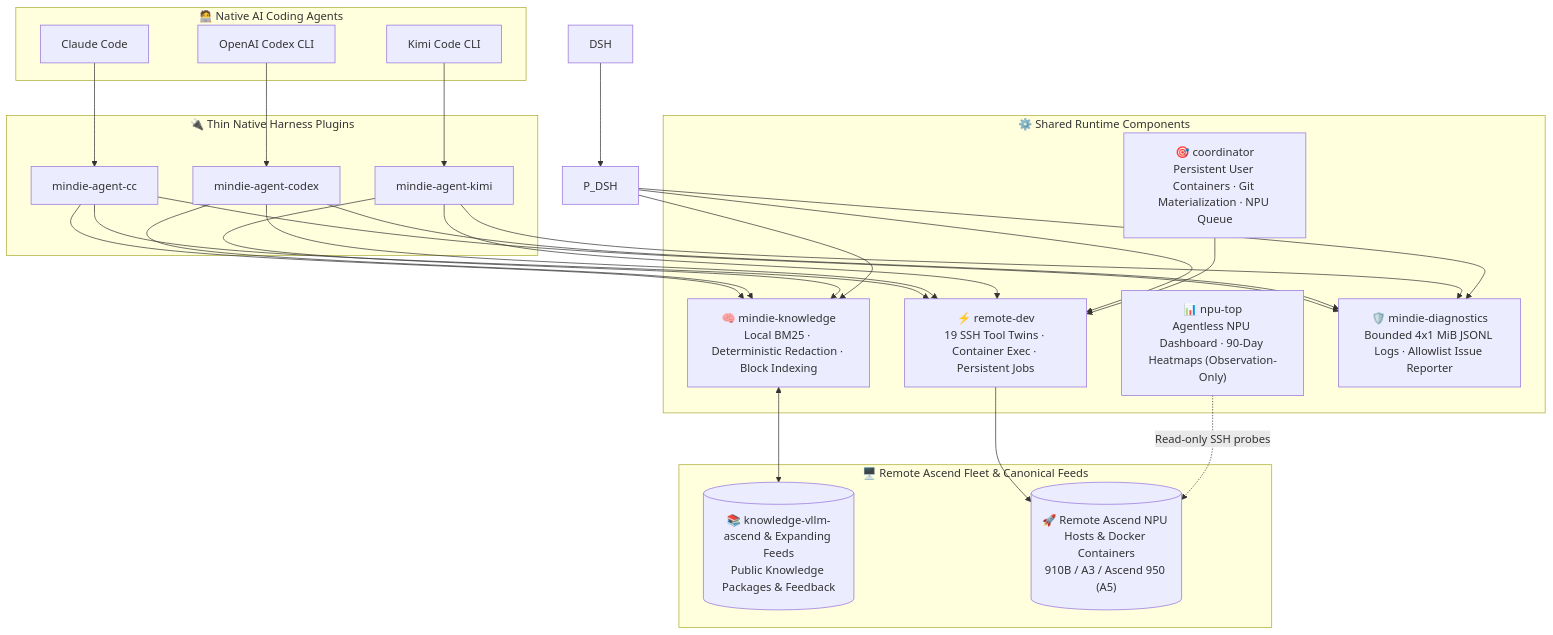
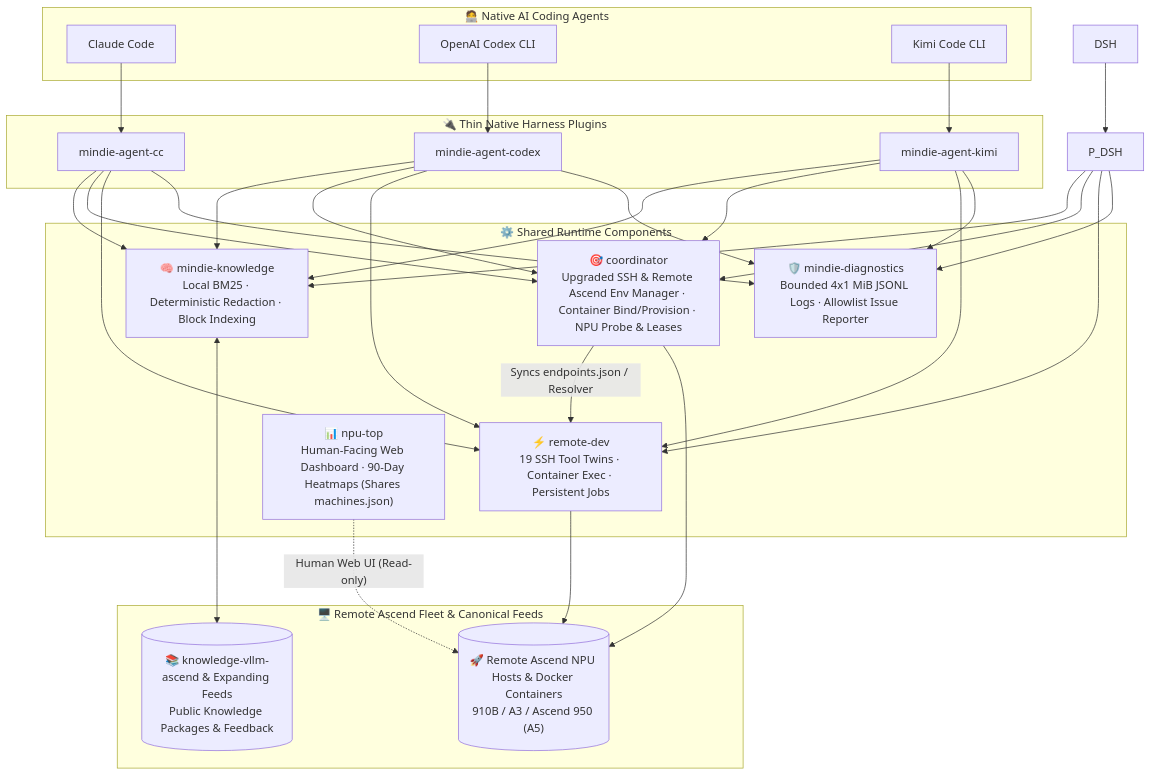
The first of 2 diagrams in README.en.md (Yuli-yx/vllm-ascend-workspace), drawn with Mermaid before and after one commit. The commit also changed other lines of this file and 7 other files, not shown here.

````diff
--- a/README.en.md
+++ b/README.en.md
@@ -178,38 +178,38 @@
 ```mermaid
 flowchart TB
   subgraph Clients["🧑‍💻 Native AI Coding Agents"]
     CC["Claude Code"]
     Codex["OpenAI Codex CLI"]
     Kimi["Kimi Code CLI"]
   end
 
   subgraph Adapters["🔌 Thin Native Harness Plugins"]
     P_CC["mindie-agent-cc"]
     P_Codex["mindie-agent-codex"]
     P_Kimi["mindie-agent-kimi"]
   end
 
   subgraph Core["⚙️ Shared Runtime Components"]
     Knowledge["🧠 mindie-knowledge<br/>Local BM25 · Deterministic Redaction · Block Indexing"]
+    Coord["🎯 coordinator<br/>Upgraded SSH & Remote Ascend Env Manager · Container Bind/Provision · NPU Probe & Leases"]
     RemoteDev["⚡ remote-dev<br/>19 SSH Tool Twins · Container Exec · Persistent Jobs"]
-    Coord["🎯 coordinator<br/>Persistent User Containers · Git Materialization · NPU Queue"]
-    NpuTop["📊 npu-top<br/>Agentless NPU Dashboard · 90-Day Heatmaps (Observation-Only)"]
+    NpuTop["📊 npu-top<br/>Human-Facing Web Dashboard · 90-Day Heatmaps (Shares machines.json)"]
     Diag["🛡️ mindie-diagnostics<br/>Bounded 4x1 MiB JSONL Logs · Allowlist Issue Reporter"]
   end
 
   subgraph Remote["🖥️ Remote Ascend Fleet & Canonical Feeds"]
     Feed[("📚 knowledge-vllm-ascend & Expanding Feeds<br/>Public Knowledge Packages & Feedback")]
     Cluster[("🚀 Remote Ascend NPU Hosts & Docker Containers<br/>910B / A3 / Ascend 950 (A5)")]
   end
 
   CC --> P_CC
   Codex --> P_Codex
   Kimi --> P_Kimi
   DSH --> P_DSH
 
-  P_CC & P_Codex & P_Kimi & P_DSH --> Knowledge & RemoteDev & Diag
+  P_CC & P_Codex & P_Kimi & P_DSH --> Knowledge & Coord & RemoteDev & Diag
   Knowledge <--> Feed
-  RemoteDev --> Cluster
-  Coord --> RemoteDev
-  NpuTop -. "Read-only SSH probes" .-> Cluster
+  Coord -- "Syncs endpoints.json / Resolver" --> RemoteDev
+  Coord & RemoteDev --> Cluster
+  NpuTop -. "Human Web UI (Read-only)" .-> Cluster
 ```
````
